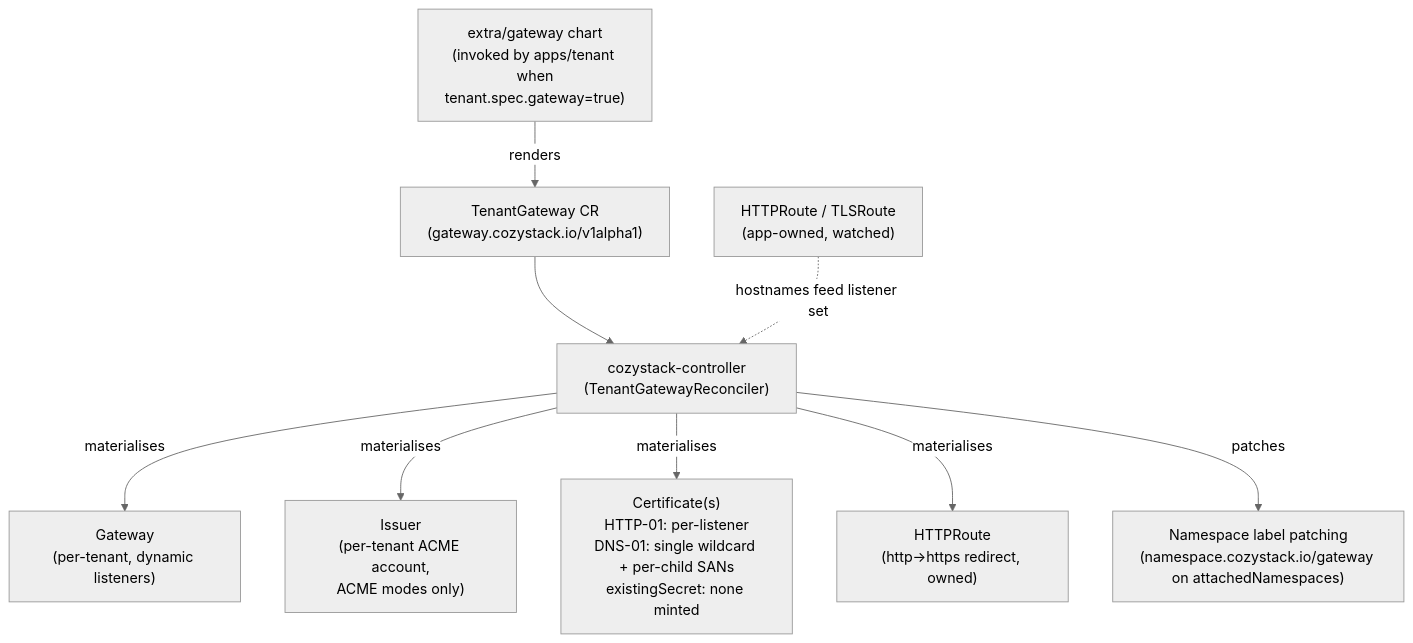
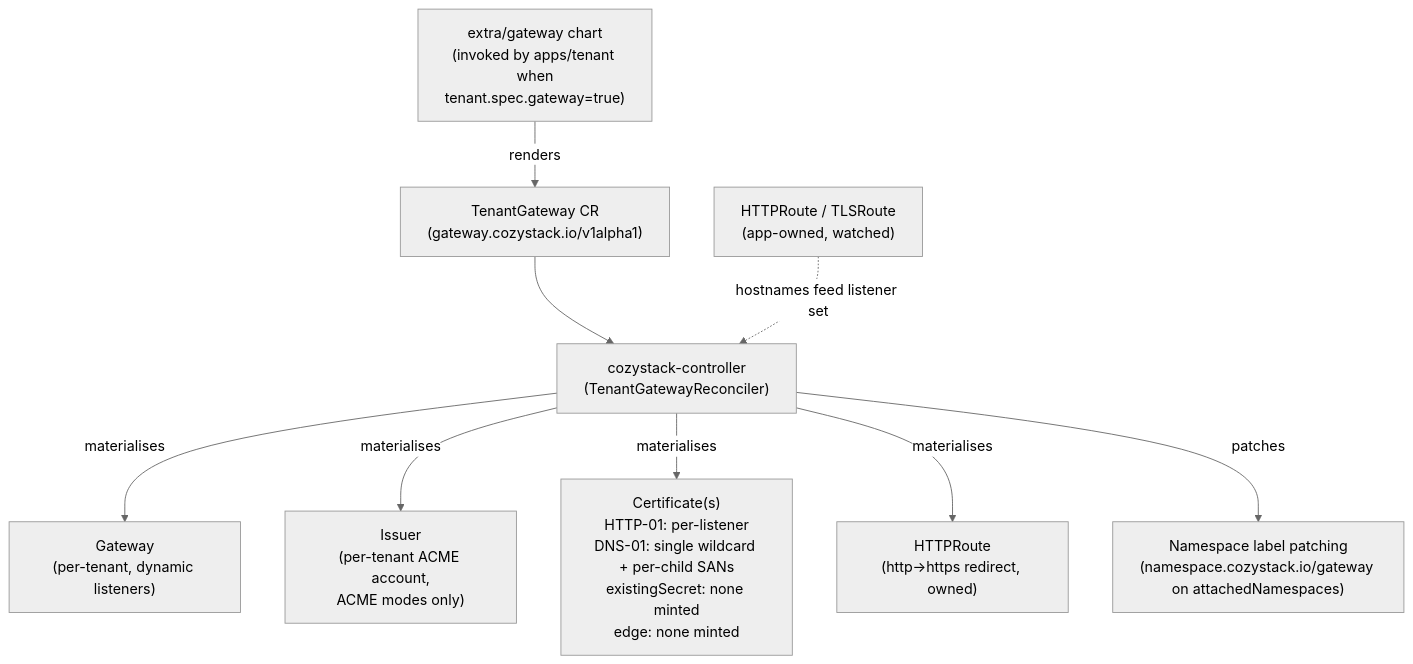
The first of 3 diagrams in content/en/docs/next/networking/gateway-api.md (cozystack/website), drawn with Mermaid (neutral theme) before and after one commit. The commit also changed other lines of this file, not shown here.

First line of the commit message:
docs(networking): document GatewayClass selection and the edge cert mode

````diff
--- a/content/en/docs/next/networking/gateway-api.md
+++ b/content/en/docs/next/networking/gateway-api.md
@@ -26,21 +26,21 @@
 ```mermaid
 flowchart TD
     CHART["extra/gateway chart<br/>(invoked by apps/tenant when<br/>tenant.spec.gateway=true)"]
     CR["TenantGateway CR<br/>(gateway.cozystack.io/v1alpha1)"]
     CTRL["cozystack-controller<br/>(TenantGatewayReconciler)"]
     GW["Gateway<br/>(per-tenant, dynamic listeners)"]
     ISS["Issuer<br/>(per-tenant ACME account,<br/>ACME modes only)"]
-    CERT["Certificate(s)<br/>HTTP-01: per-listener<br/>DNS-01: single wildcard + per-child SANs<br/>existingSecret: none minted"]
+    CERT["Certificate(s)<br/>HTTP-01: per-listener<br/>DNS-01: single wildcard + per-child SANs<br/>existingSecret: none minted<br/>edge: none minted"]
     REDIR["HTTPRoute<br/>(http→https redirect, owned)"]
     NSLBL["Namespace label patching<br/>(namespace.cozystack.io/gateway on attachedNamespaces)"]
     HTR["HTTPRoute / TLSRoute<br/>(app-owned, watched)"]
 
     CHART -->|renders| CR
     CR --> CTRL
     CTRL -->|materialises| GW
     CTRL -->|materialises| ISS
     CTRL -->|materialises| CERT
     CTRL -->|materialises| REDIR
     CTRL -->|patches| NSLBL
     HTR -.->|hostnames feed listener set| CTRL
 ```
````
